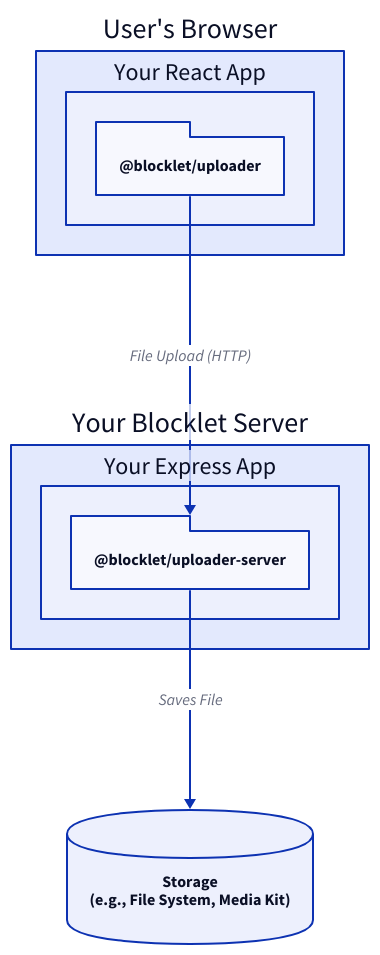
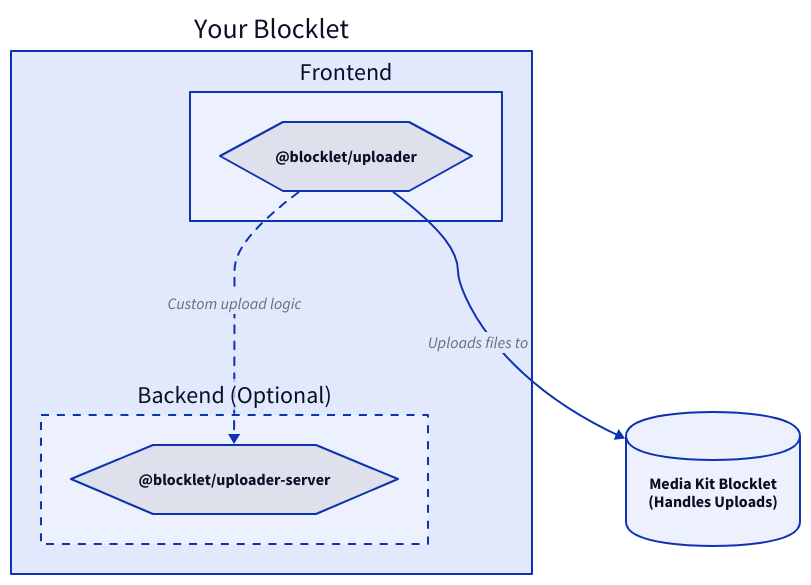
The diagram in .aigne/doc-smith/docs/api-reference.md (blocklet/media-kit), drawn with D2 before and after one commit. The commit also changed other lines of this file and 25 other files, not shown here.

````diff
--- a/.aigne/doc-smith/docs/api-reference.md
+++ b/.aigne/doc-smith/docs/api-reference.md
@@ -7,42 +7,37 @@
 ```d2
 direction: down
 
-User-Browser: {
-  label: "User's Browser"
+Developer-Application: {
+  label: "Your Blocklet"
   shape: rectangle
 
-  React-App: {
-    label: "Your React App"
+  Frontend: {
+    label: "Frontend"
     shape: rectangle
+    blocklet-uploader: {
+      label: "@blocklet/uploader"
+      shape: hexagon
+    }
+  }
 
-    Uploader-Component: {
-      label: "@blocklet/uploader"
-      shape: package
+  Backend: {
+    label: "Backend (Optional)"
+    shape: rectangle
+    style.stroke-dash: 4
+    blocklet-uploader-server: {
+      label: "@blocklet/uploader-server"
+      shape: hexagon
     }
   }
 }
 
-Blocklet-Server: {
-  label: "Your Blocklet Server"
-  shape: rectangle
-
-  Express-App: {
-    label: "Your Express App"
-    shape: rectangle
-
-    Uploader-Middleware: {
-      label: "@blocklet/uploader-server"
-      shape: package
-    }
-  }
-}
-
-Storage: {
-  label: "Storage\n(e.g., File System, Media Kit)"
+Media-Kit: {
+  label: "Media Kit Blocklet\n(Handles Uploads)"
   shape: cylinder
 }
 
-User-Browser.React-App.Uploader-Component -> Blocklet-Server.Express-App.Uploader-Middleware: "File Upload (HTTP)"
-Blocklet-Server.Express-App.Uploader-Middleware -> Storage: "Saves File"
-
+Developer-Application.Frontend.blocklet-uploader -> Media-Kit: "Uploads files to"
+Developer-Application.Frontend.blocklet-uploader -> Developer-Application.Backend.blocklet-uploader-server: "Custom upload logic" {
+  style.stroke-dash: 4
+}
 ```
````
